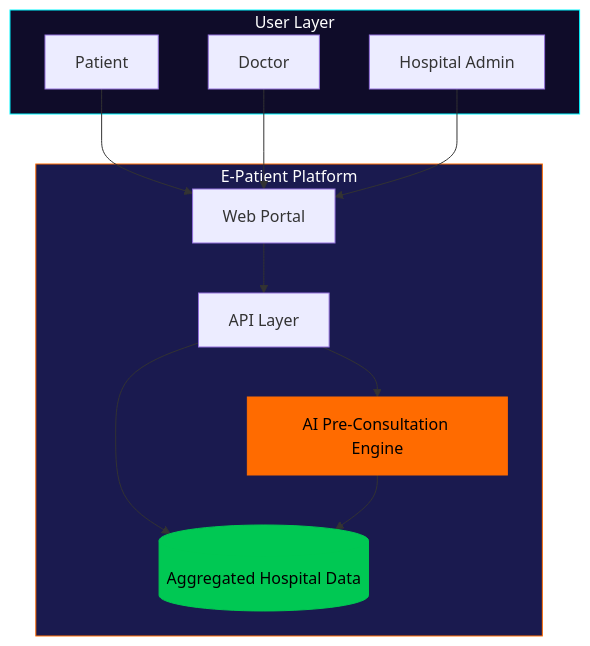
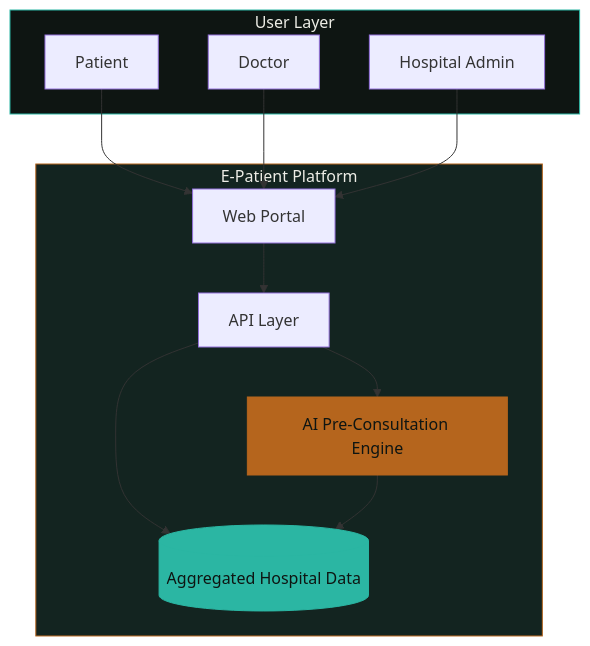
Before and after one commit to mav8stro/mav8stro: the second of 2 diagrams in README.md, drawn with Mermaid. The commit also changed other lines of this file, not shown here.

````diff
--- a/README.md
+++ b/README.md
@@ -168,28 +71,28 @@
 ```mermaid
 flowchart TB
-    subgraph UserLayer[User Layer]
+    subgraph Users[User Layer]
         PAT[Patient]
         DOC[Doctor]
         ADM[Hospital Admin]
     end
 
-    subgraph CoreLayer[E-Patient Platform]
+    subgraph Core[E-Patient Platform]
         UI[Web Portal]
         API[API Layer]
-        AIENGINE[AI Pre-Consultation Engine]
+        AI[AI Pre-Consultation Engine]
         DB[(Aggregated Hospital Data)]
     end
 
     PAT --> UI
     DOC --> UI
     ADM --> UI
     UI --> API
-    API --> AIENGINE
+    API --> AI
     API --> DB
-    AIENGINE --> DB
+    AI --> DB
 
-    style UserLayer fill:#0F0C29,stroke:#00F7FF,color:#fff
-    style CoreLayer fill:#1a1a4f,stroke:#FF6B00,color:#fff
-    style AIENGINE fill:#FF6B00,stroke:#FF6B00,color:#000
-    style DB fill:#00C853,stroke:#00C853,color:#000
+    style Users fill:#0E1512,stroke:#2BB6A3,color:#EDEDE6
+    style Core fill:#132420,stroke:#B5651D,color:#EDEDE6
+    style AI fill:#B5651D,stroke:#B5651D,color:#0E1512
+    style DB fill:#2BB6A3,stroke:#2BB6A3,color:#0E1512
 ```
````
